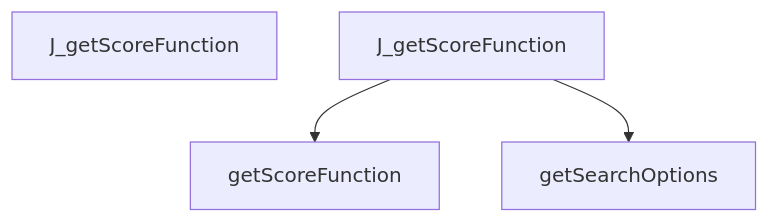
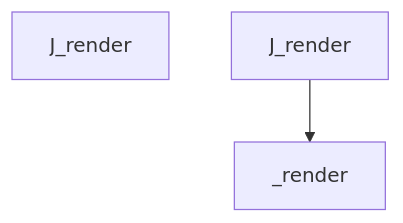
Diagram 22 of 28 in docs/DATA_FLOW.md (hazalkoom/DECODEx01), drawn with Mermaid before and after one commit. The commit also changed other lines of this file and 6 other files, not shown here.

Commit message:
feat: NLG heuristic improvements - stricter schema matching, python decorator parsing, utility path pruning

````diff
--- a/docs/DATA_FLOW.md
+++ b/docs/DATA_FLOW.md
@@ -677,13 +827,9 @@
 ```mermaid
 graph TD
-    Start[J_getScoreFunction]
+    Start[J_render]
 
 
-    J_getScoreFunction --> getScoreFunction
-
-
-
-    J_getScoreFunction --> getSearchOptions
+    J_render --> _render
 
 
 ```
````
